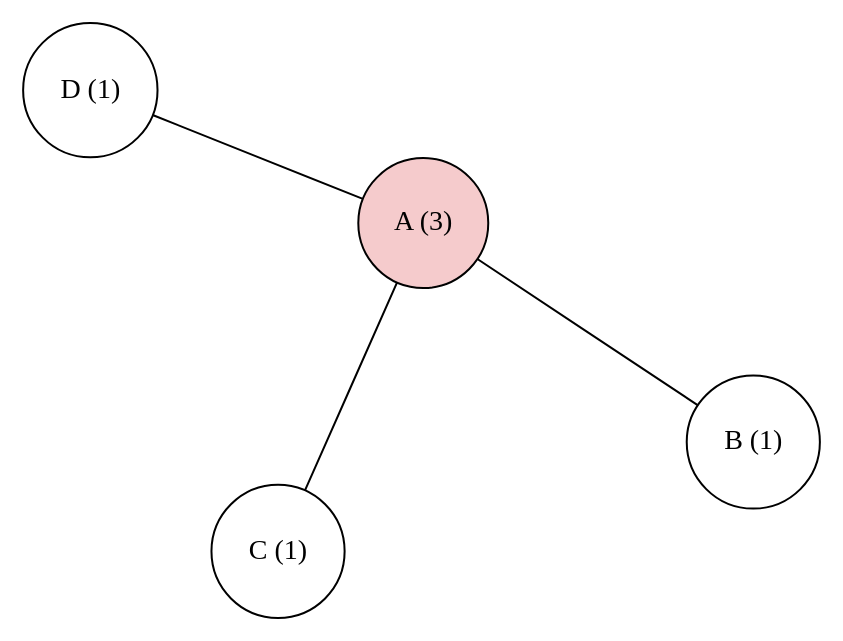
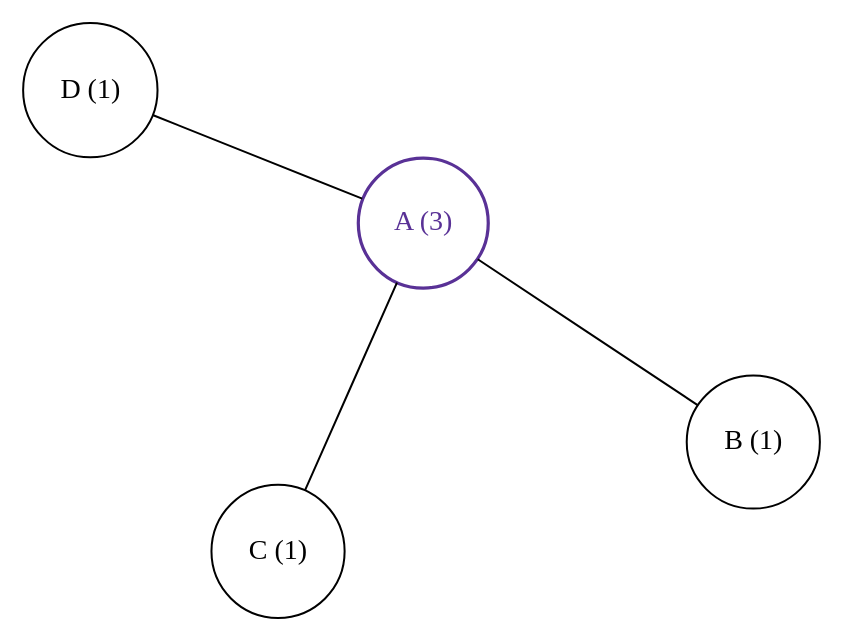
Before and after one commit to skojaku/adv-net-sci: the first of 2 diagrams in lecture-note/m04-node-degree/01-concepts.qmd, drawn with Graphviz. The commit also changed other lines of this file and 67 other files, not shown here.

````diff
--- a/lecture-note/m04-node-degree/01-concepts.qmd
+++ b/lecture-note/m04-node-degree/01-concepts.qmd
@@ -23,18 +16,18 @@
 ```{dot}
 //| fig-width: 3
 //| fig-height: 3
 //| fig-cap: "A small example graph — node degrees are shown as labels"
 //| label: fig-degree-dot
 //| fig-align: center
 graph G {
   layout=fdp;
   sep=1.5;
-  A [label="A (3)", shape=circle, style=filled, fillcolor="#f5cbcc"];
+  A [label="A (3)", shape=circle, color="#593196", fontcolor="#593196", penwidth=1.6];
   B [label="B (1)", shape=circle];
   C [label="C (1)", shape=circle];
   D [label="D (1)", shape=circle];
   A -- B;
   A -- C;
   A -- D;
 }
 ```
````
